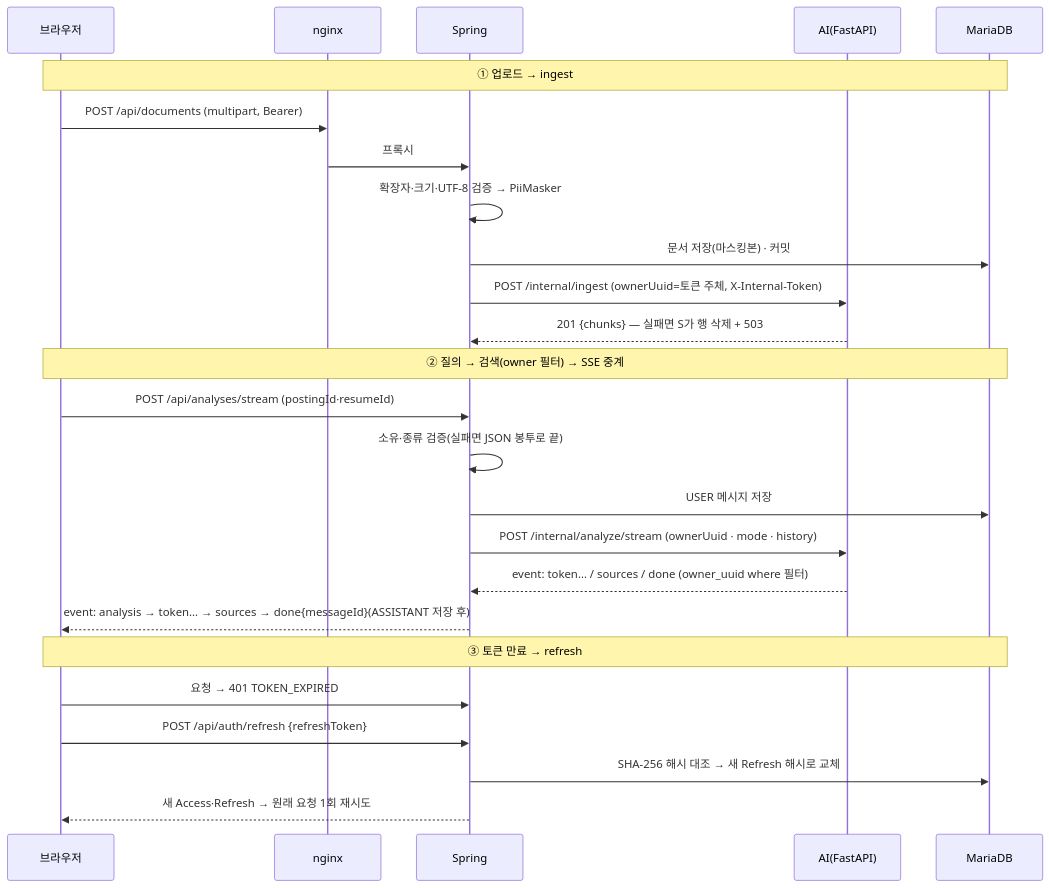
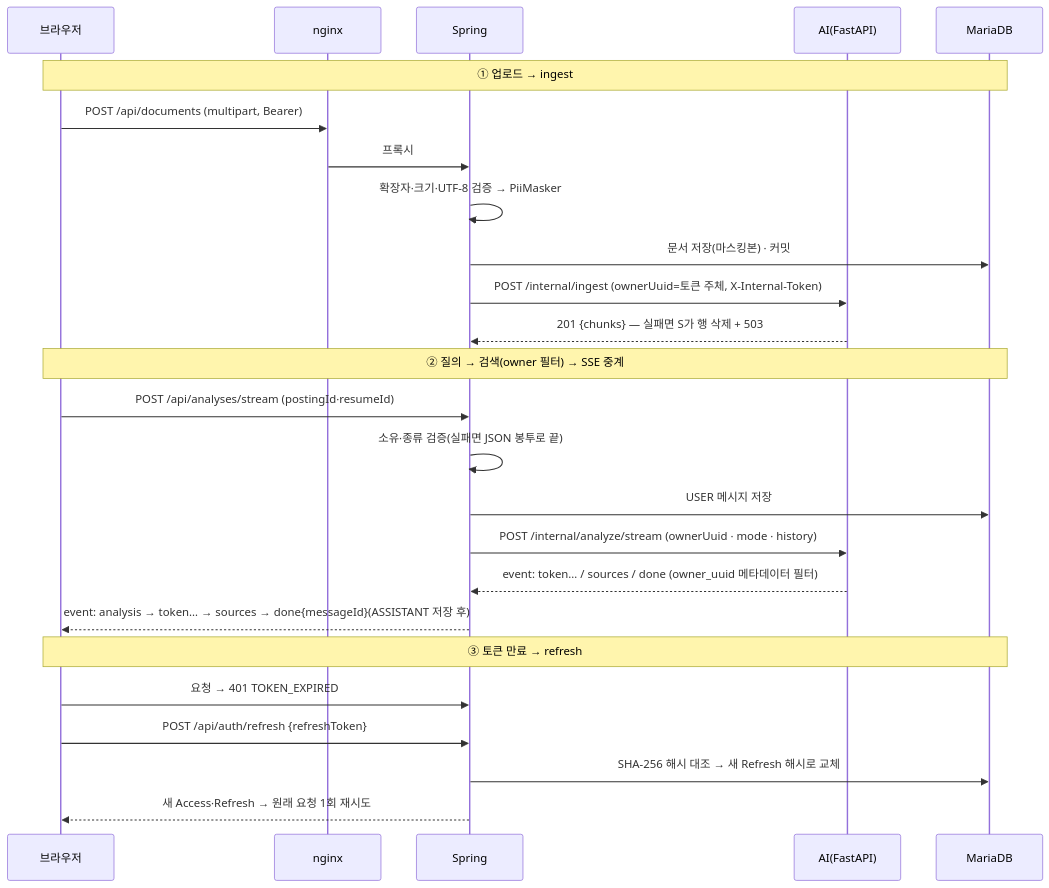
One commit to SkshieldusRookies06-03/Gap_RookiesProject changed the second of 2 diagrams in docs/2-시스템아키텍처설계서.md. Above: the diagram before and after it, drawn with Mermaid. The commit also changed other lines of this file and 47 other files, not shown here.

````diff
--- a/docs/2-시스템아키텍처설계서.md
+++ b/docs/2-시스템아키텍처설계서.md
@@ -100,27 +100,27 @@
 ```mermaid
 sequenceDiagram
   participant B as 브라우저
   participant N as nginx
   participant S as Spring
   participant A as AI(FastAPI)
   participant D as MariaDB
   Note over B,D: ① 업로드 → ingest
   B->>N: POST /api/documents (multipart, Bearer)
   N->>S: 프록시
   S->>S: 확장자·크기·UTF-8 검증 → PiiMasker
   S->>D: 문서 저장(마스킹본) · 커밋
   S->>A: POST /internal/ingest (ownerUuid=토큰 주체, X-Internal-Token)
   A-->>S: 201 {chunks} — 실패면 S가 행 삭제 + 503
   Note over B,D: ② 질의 → 검색(owner 필터) → SSE 중계
   B->>S: POST /api/analyses/stream (postingId·resumeId)
   S->>S: 소유·종류 검증(실패면 JSON 봉투로 끝)
   S->>D: USER 메시지 저장
   S->>A: POST /internal/analyze/stream (ownerUuid · mode · history)
-  A-->>S: event: token… / sources / done (owner_uuid where 필터)
+  A-->>S: event: token… / sources / done (owner_uuid 메타데이터 필터)
   S-->>B: event: analysis → token… → sources → done{messageId}(ASSISTANT 저장 후)
   Note over B,D: ③ 토큰 만료 → refresh
   B->>S: 요청 → 401 TOKEN_EXPIRED
   B->>S: POST /api/auth/refresh {refreshToken}
   S->>D: SHA-256 해시 대조 → 새 Refresh 해시로 교체
   S-->>B: 새 Access·Refresh → 원래 요청 1회 재시도
 ```
````
